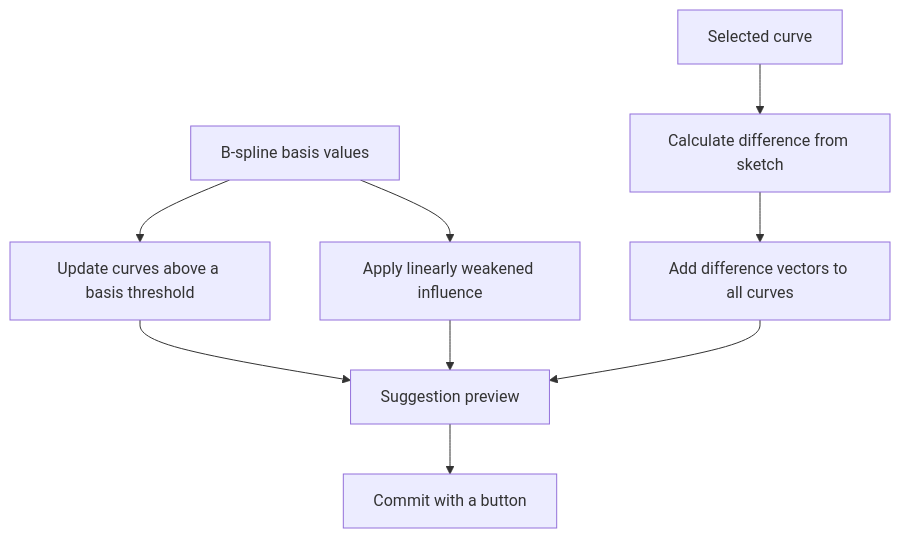
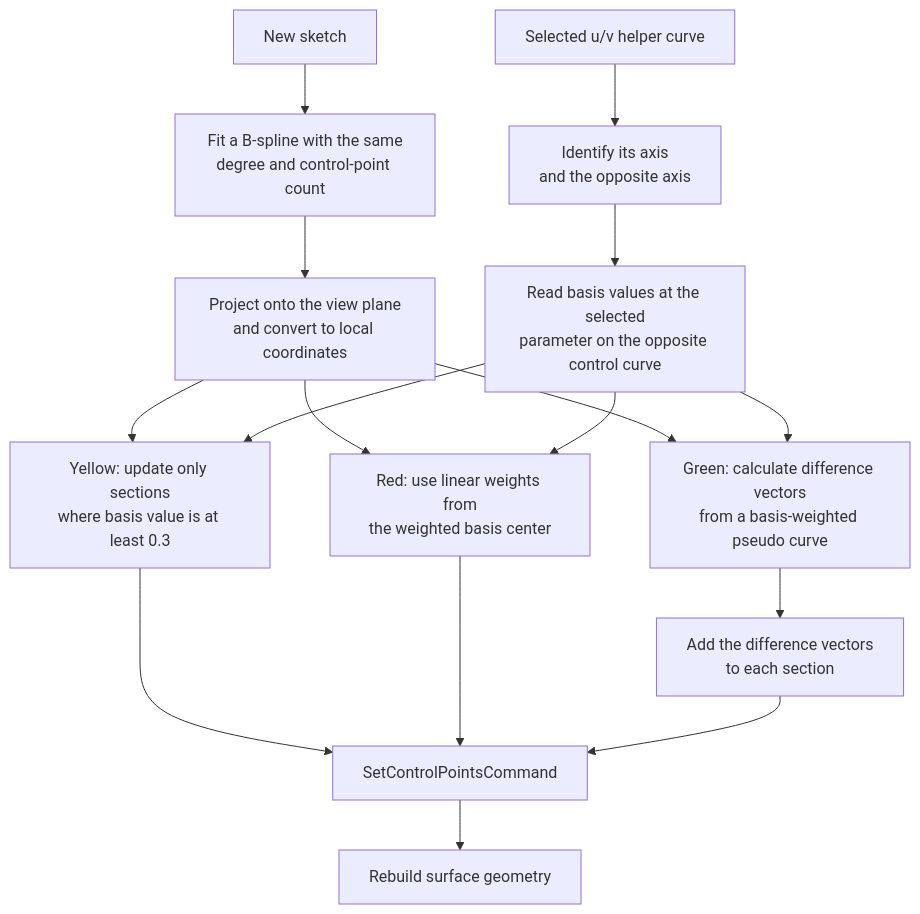
One commit to hmwri/shelly changed the fourth of 4 diagrams in README.md. Above: the diagram before and after it, drawn with Mermaid. The commit also changed other lines of this file, not shown here.

Commit message:
Correct Shelly README diagrams

````diff
--- a/README.md
+++ b/README.md
@@ -152,11 +175,18 @@
 ```mermaid
 flowchart TB
-  selected[Selected curve] --> diff[Calculate difference from sketch]
-  basis[B-spline basis values] --> threshold[Update curves above a basis threshold]
-  basis --> linear[Apply linearly weakened influence]
-  diff --> all[Add difference vectors to all curves]
-  threshold --> preview[Suggestion preview]
-  linear --> preview
-  all --> preview
-  preview --> commit[Commit with a button]
+  selected[Selected u/v helper curve] --> axis[Identify its axis<br/>and the opposite axis]
+  sketch[New sketch] --> fit2[Fit a B-spline with the same<br/>degree and control-point count]
+  fit2 --> projected[Project onto the view plane<br/>and convert to local coordinates]
+  axis --> basis[Read basis values at the selected<br/>parameter on the opposite control curve]
+  projected --> candidate1[Yellow: update only sections<br/>where basis value is at least 0.3]
+  basis --> candidate1
+  projected --> candidate2[Red: use linear weights from<br/>the weighted basis center]
+  basis --> candidate2
+  projected --> diff[Green: calculate difference vectors<br/>from a basis-weighted pseudo curve]
+  basis --> diff
+  diff --> candidate3[Add the difference vectors<br/>to each section]
+  candidate1 --> command[SetControlPointsCommand]
+  candidate2 --> command
+  candidate3 --> command
+  command --> rebuild[Rebuild surface geometry]
 ```
````
